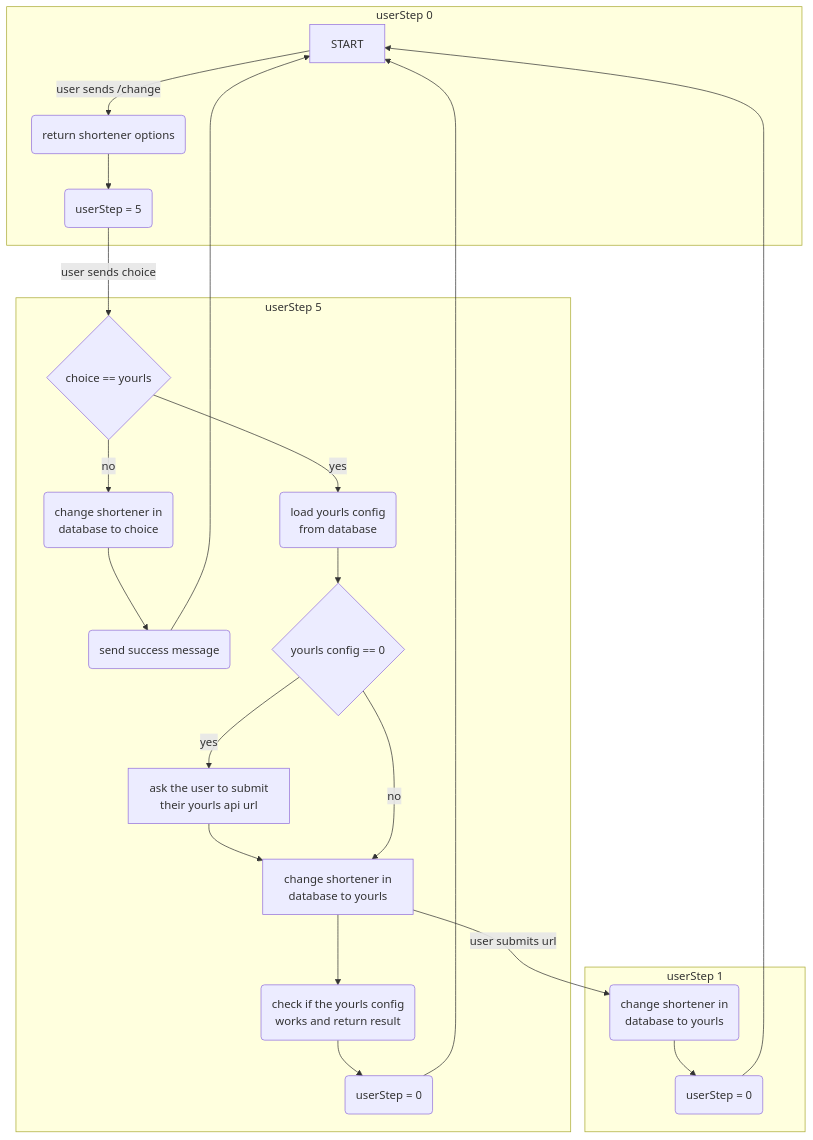
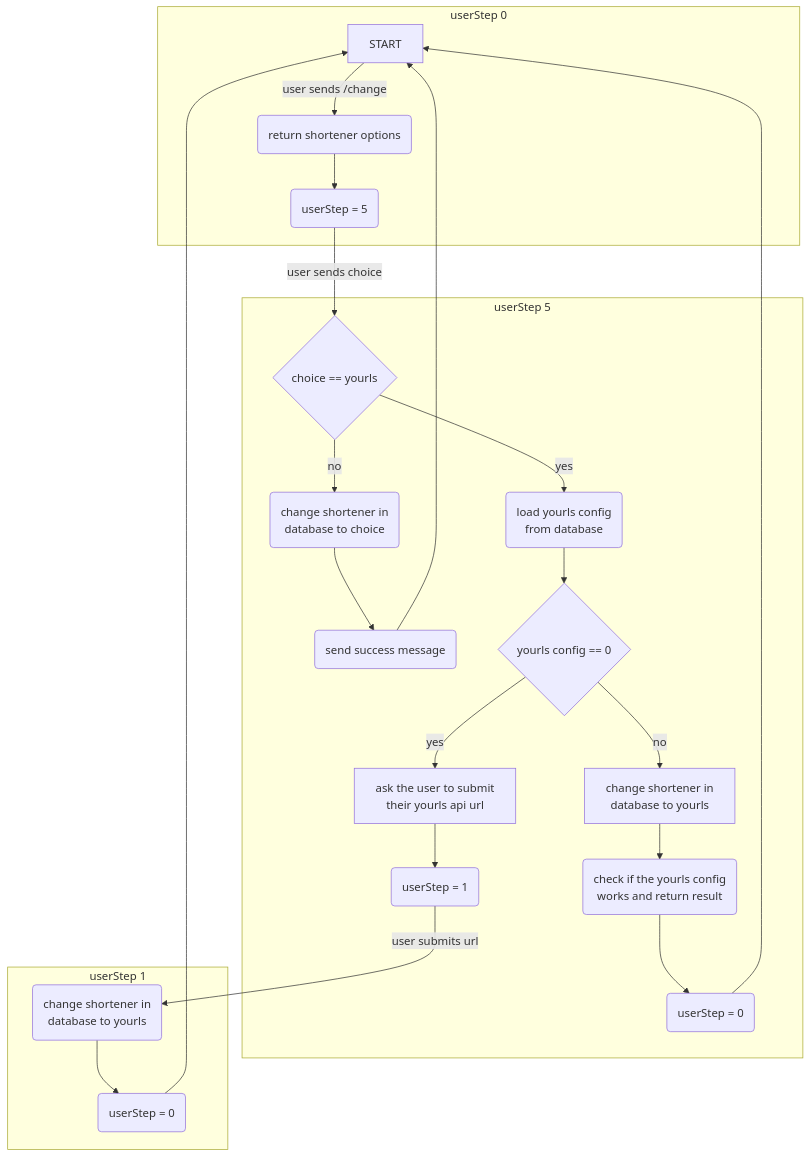
One commit to simon-eller/LetsShort changed the diagram in README.md. Above: the diagram before and after it, drawn with Mermaid.

Commit message:
Small bug fixes: flow chart

````diff
--- a/README.md
+++ b/README.md
@@ -106,27 +106,28 @@
 ```mermaid
 flowchart TB
     subgraph userStep 0
     a1[START] -->|user sends /change| a2(return shortener options)
     a2 --> a3(userStep = 5)
     end
     subgraph userStep 5
     a3 -->|user sends choice| b1{choice == yourls}
     b1 -->|no| b2(change shortener in\ndatabase to choice)
     b2 --> b3(send success message)
     b3 --> a1
     b1 -->|yes| b4(load yourls config\nfrom database)
     b4--> b5{yourls config == 0}
     
     b5 -->|yes| b6[ask the user to submit\ntheir yourls api url]
-    b6 --> b7(userStep = 1)
+    b6 --> b61(userStep = 1)
+    
     b5 -->|no| b7[change shortener in\ndatabase to yourls]
     b7 --> b8(check if the yourls config\nworks and return result)
     b8 --> b9(userStep = 0)
     b9 -->a1
     end
     subgraph userStep 1
-    b7 -->|user submits url| c1
+    b61 -->|user submits url| c1
     c1(change shortener in\ndatabase to yourls) --> c3(userStep = 0)
     c3 --> a1
     end
 ```
````
